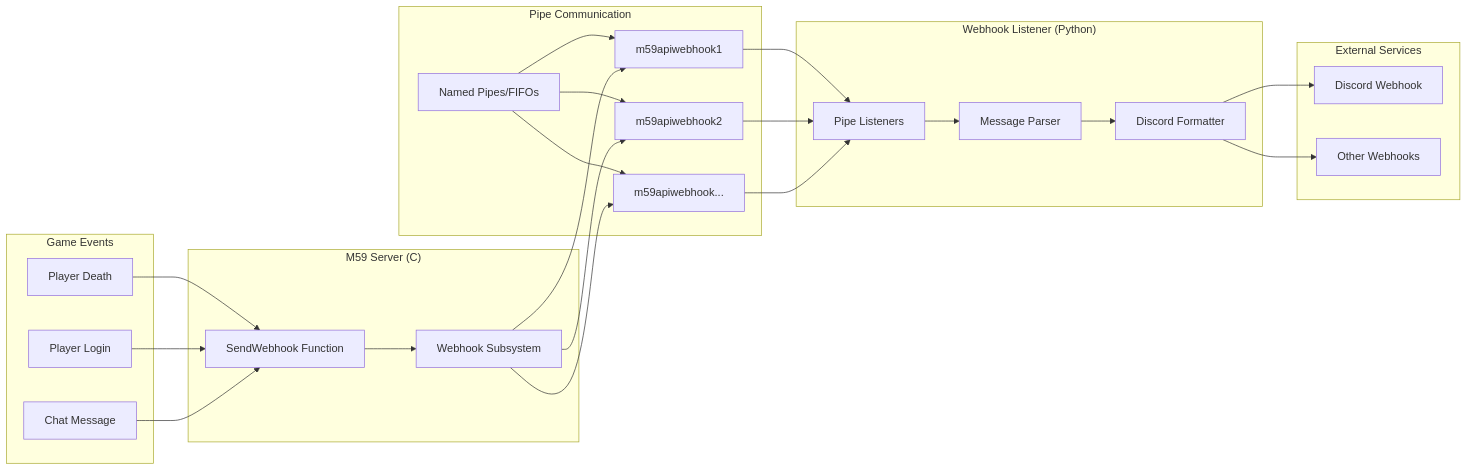
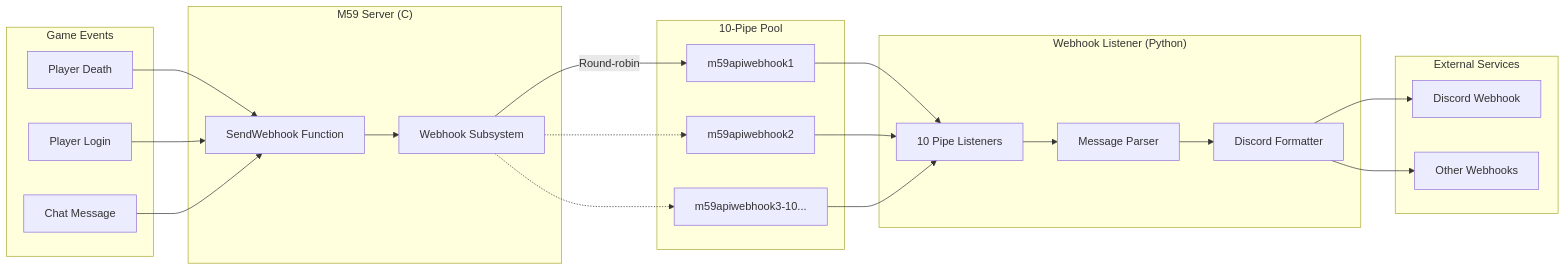
The first of 2 diagrams in docs/webhooks.md (Meridian59/Meridian59), drawn with Mermaid before and after one commit. The commit also changed other lines of this file, not shown here.

````diff
--- a/docs/webhooks.md
+++ b/docs/webhooks.md
@@ -65,49 +65,45 @@
 ```mermaid
 graph LR
     subgraph "Game Events"
         A[Player Death]
         B[Player Login]  
         C[Chat Message]
     end
     
     subgraph "M59 Server (C)"
         D[SendWebhook Function]
         E[Webhook Subsystem]
     end
     
-    subgraph "Pipe Communication"
-        F[Named Pipes/FIFOs]
+    subgraph "10-Pipe Pool"
         F1[m59apiwebhook1]
         F2[m59apiwebhook2]
-        F3[m59apiwebhook...]
-        F --> F1
-        F --> F2  
-        F --> F3
+        F3[m59apiwebhook3-10...]
     end
     
     subgraph "Webhook Listener (Python)"
-        G[Pipe Listeners]
+        G[10 Pipe Listeners]
         H[Message Parser]
         I[Discord Formatter]
     end
     
     subgraph "External Services"
         J[Discord Webhook]
         K[Other Webhooks]
     end
     
     A --> D
     B --> D
     C --> D
     D --> E
-    E --> F1
-    E --> F2
-    E --> F3
+    E -->|Round-robin| F1
+    E -.-> F2
+    E -.-> F3
     F1 --> G
     F2 --> G
     F3 --> G
     G --> H
     H --> I
     I --> J
     I --> K
 ```
````
